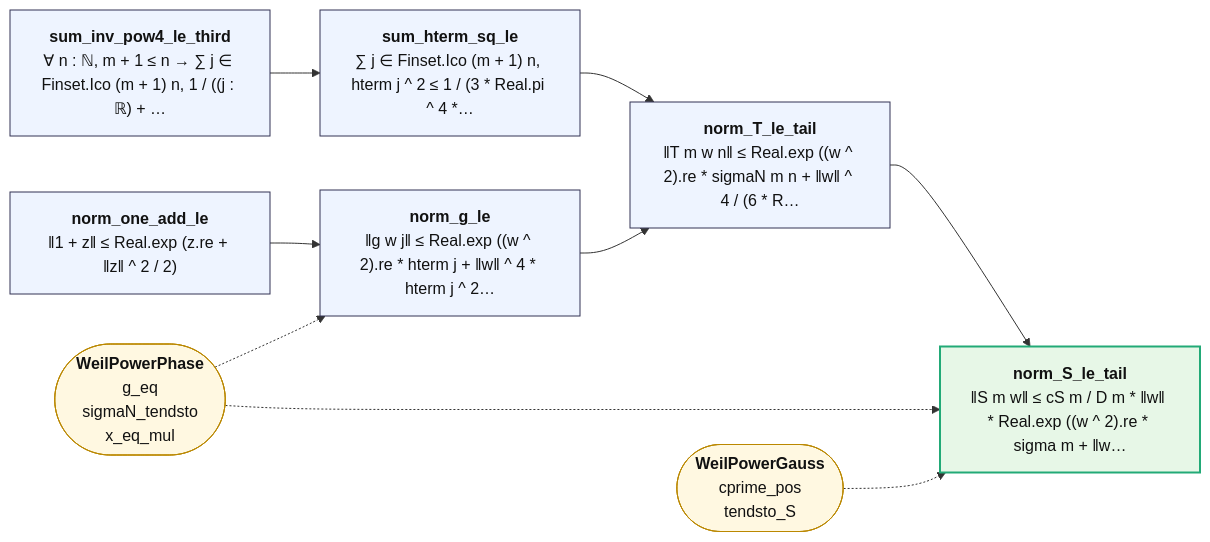
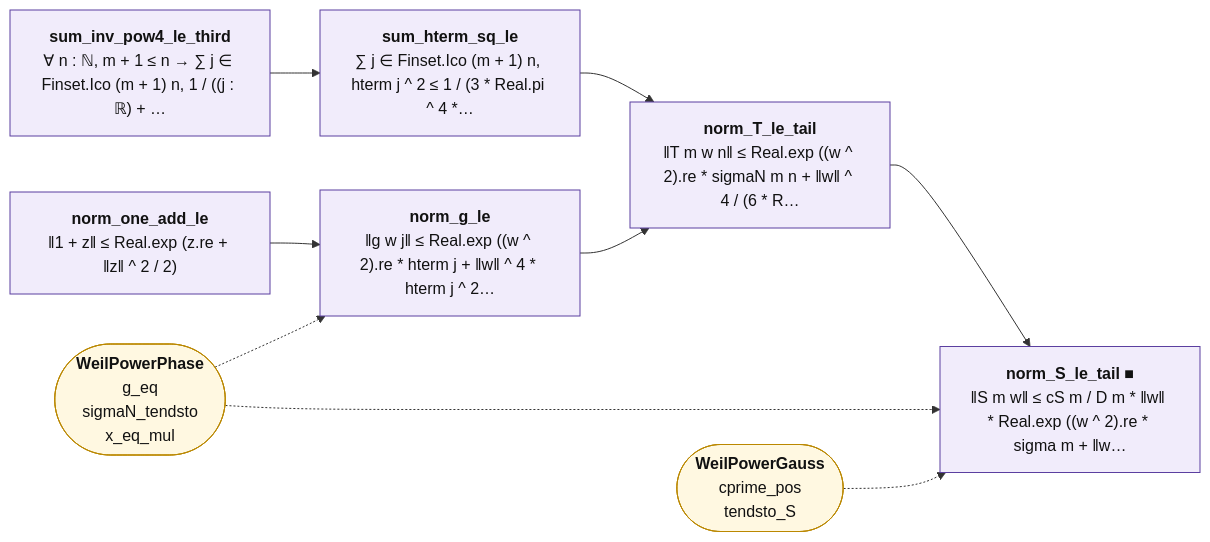
One commit to juliansambranojr/Primebeat_081426 changed the diagram in map/lean_stage3/WeilPowerTail.md. Above: the diagram before and after it, drawn with Mermaid. The commit also changed other lines of this file and 398 other files, not shown here.

````diff
--- a/map/lean_stage3/WeilPowerTail.md
+++ b/map/lean_stage3/WeilPowerTail.md
@@ -12,24 +12,27 @@
 ```mermaid
 flowchart LR
-  n0["<b>sum_inv_pow4_le_third</b><br/>∀ n : ℕ, m + 1 ≤ n → ∑ j ∈ Finset.Ico (m + 1) n, 1 / ((j : ℝ) + …"]:::thm
-  n1["<b>sum_hterm_sq_le</b><br/>∑ j ∈ Finset.Ico (m + 1) n, hterm j ^ 2 ≤ 1 / (3 * Real.pi ^ 4 *…"]:::thm
-  n2["<b>norm_one_add_le</b><br/>‖1 + z‖ ≤ Real.exp (z.re + ‖z‖ ^ 2 / 2)"]:::thm
-  n3["<b>norm_g_le</b><br/>‖g w j‖ ≤ Real.exp ((w ^ 2).re * hterm j + ‖w‖ ^ 4 * hterm j ^ 2…"]:::thm
-  n4["<b>norm_T_le_tail</b><br/>‖T m w n‖ ≤ Real.exp ((w ^ 2).re * sigmaN m n + ‖w‖ ^ 4 / (6 * R…"]:::thm
-  n5["<b>norm_S_le_tail</b><br/>‖S m w‖ ≤ cS m / D m * ‖w‖ * Real.exp ((w ^ 2).re * sigma m + ‖w…"]:::end_
+  n0["<b>sum_inv_pow4_le_third</b><br/>∀ n : ℕ, m + 1 ≤ n → ∑ j ∈ Finset.Ico (m + 1) n, 1 / ((j : ℝ) + …"]:::shp
+  n1["<b>sum_hterm_sq_le</b><br/>∑ j ∈ Finset.Ico (m + 1) n, hterm j ^ 2 ≤ 1 / (3 * Real.pi ^ 4 *…"]:::shp
+  n2["<b>norm_one_add_le</b><br/>‖1 + z‖ ≤ Real.exp (z.re + ‖z‖ ^ 2 / 2)"]:::shp
+  n3["<b>norm_g_le</b><br/>‖g w j‖ ≤ Real.exp ((w ^ 2).re * hterm j + ‖w‖ ^ 4 * hterm j ^ 2…"]:::shp
+  n4["<b>norm_T_le_tail</b><br/>‖T m w n‖ ≤ Real.exp ((w ^ 2).re * sigmaN m n + ‖w‖ ^ 4 / (6 * R…"]:::shp
+  n5["<b>norm_S_le_tail ■</b><br/>‖S m w‖ ≤ cS m / D m * ‖w‖ * Real.exp ((w ^ 2).re * sigma m + ‖w…"]:::shp
   x0(["<b>WeilPowerPhase</b><br/>g_eq<br/>sigmaN_tendsto<br/>x_eq_mul"]):::ext
   x1(["<b>WeilPowerGauss</b><br/>cprime_pos<br/>tendsto_S"]):::ext
   n0 --> n1
   n1 --> n4
   n2 --> n3
   n3 --> n4
   n4 --> n5
   x0 -.-> n3
   x0 -.-> n5
   x1 -.-> n5
+  classDef cnt fill:#dff5ec,stroke:#17694a,color:#111
+  classDef shp fill:#f1ecfb,stroke:#5b3fa0,color:#111
+  classDef rh fill:#ffe5e5,stroke:#c22,color:#111,stroke-width:2px
   classDef thm fill:#eef4ff,stroke:#335,color:#111
   classDef end_ fill:#e7f7e7,stroke:#2a7,color:#111,stroke-width:2px
   classDef lone fill:#fff,stroke:#999,color:#111,stroke-dasharray:4 3
   classDef bad fill:#ffe5e5,stroke:#c22,color:#111,stroke-width:2px
   classDef ext fill:#fff8e1,stroke:#b80,color:#111
 ```
````
